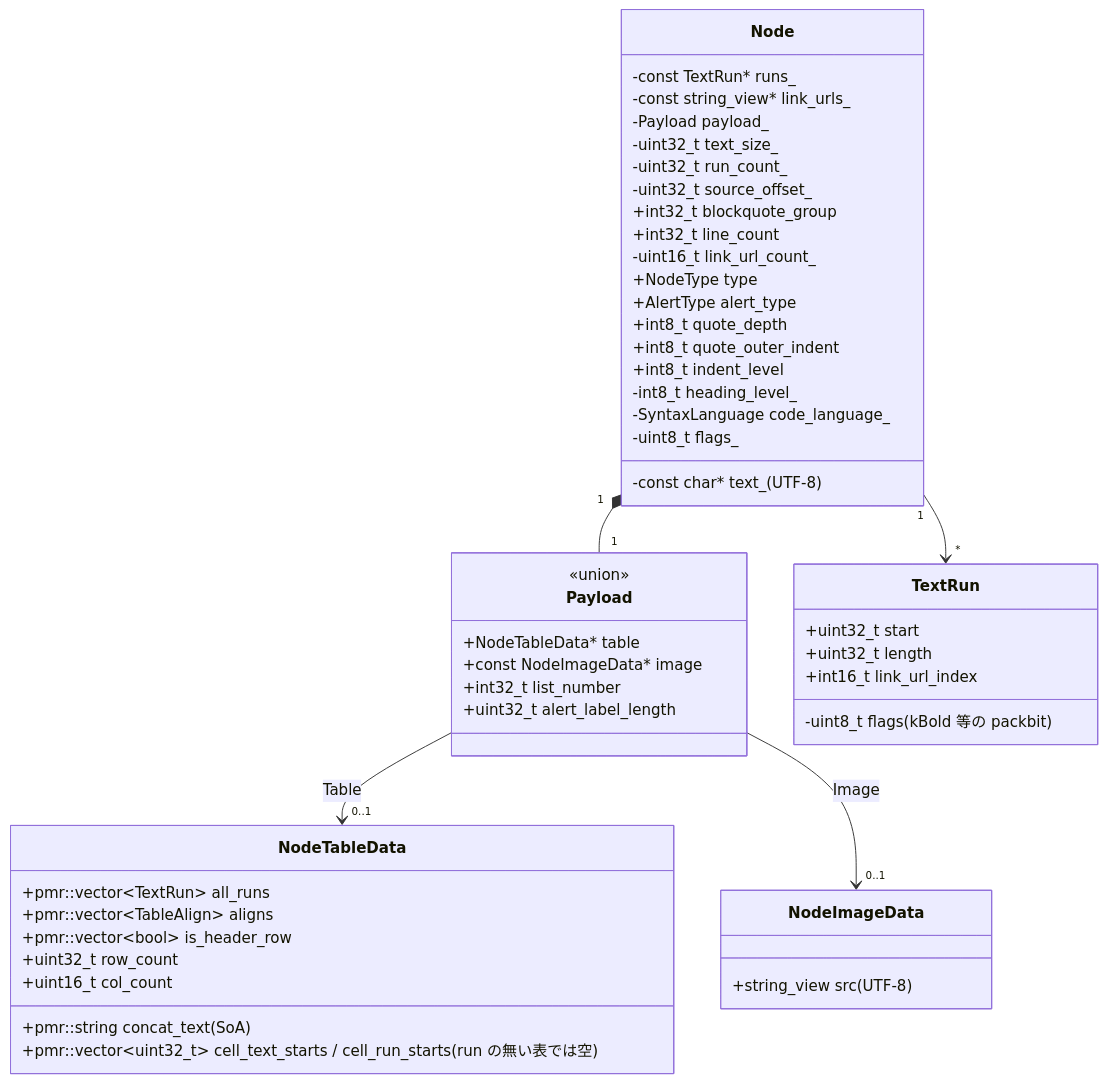
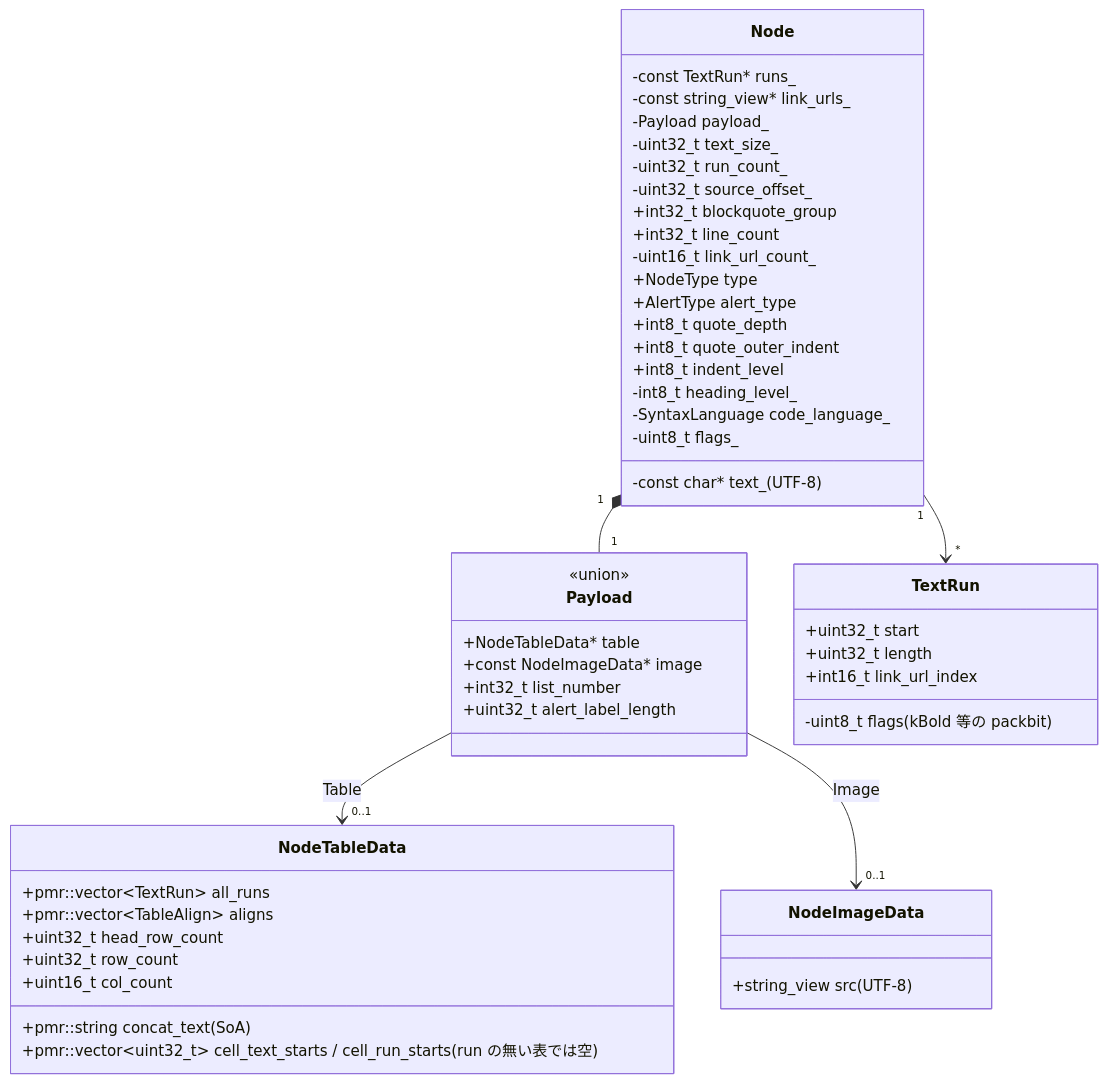
One commit to tanaton/mendo changed diagram 15 of 27 in example/test.md. Above: the diagram before and after it, drawn with Mermaid. The commit also changed other lines of this file and 4 other files, not shown here.

````diff
--- a/example/test.md
+++ b/example/test.md
@@ -2782,57 +2765,57 @@
 ```mermaid
 classDiagram
     class Node {
         -const char* text_ (UTF-8)
         -const TextRun* runs_
         -const string_view* link_urls_
         -Payload payload_
         -uint32_t text_size_
         -uint32_t run_count_
         -uint32_t source_offset_
         +int32_t blockquote_group
         +int32_t line_count
         -uint16_t link_url_count_
         +NodeType type
         +AlertType alert_type
         +int8_t quote_depth
         +int8_t quote_outer_indent
         +int8_t indent_level
         -int8_t heading_level_
         -SyntaxLanguage code_language_
         -uint8_t flags_
     }
 
     class Payload {
         <<union>>
         +NodeTableData* table
         +const NodeImageData* image
         +int32_t list_number
         +uint32_t alert_label_length
     }
 
     class NodeTableData {
         +pmr::string concat_text (SoA)
         +pmr::vector~TextRun~ all_runs
         +pmr::vector~uint32_t~ cell_text_starts / cell_run_starts (run の無い表では空)
         +pmr::vector~TableAlign~ aligns
-        +pmr::vector~bool~ is_header_row
+        +uint32_t head_row_count
         +uint32_t row_count
         +uint16_t col_count
     }
 
     class NodeImageData {
         +string_view src (UTF-8)
     }
 
     class TextRun {
         +uint32_t start
         +uint32_t length
         +int16_t link_url_index
         -uint8_t flags (kBold 等の packbit)
     }
 
     Node "1" --> "*" TextRun
     Node "1" *-- "1" Payload
     Payload --> "0..1" NodeTableData : Table
     Payload --> "0..1" NodeImageData : Image
 ```
````
